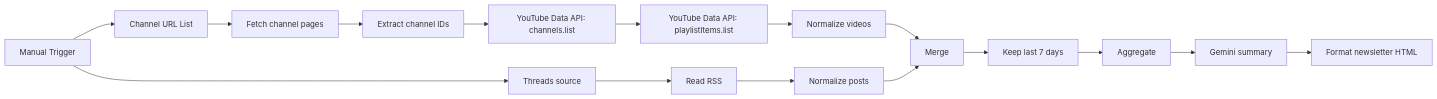
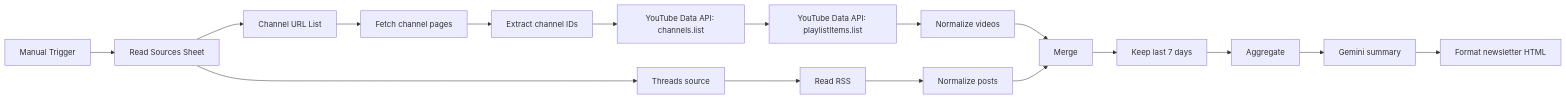
The diagram in README.md (Alex-ChanHC/n8n-youtube-threads-digest), drawn with Mermaid before and after one commit. The commit also changed other lines of this file and 1 other file, not shown here.

Commit message:
Read source URLs from Google Sheet

````diff
--- a/README.md
+++ b/README.md
@@ -7,11 +7,11 @@
 ```mermaid
 flowchart LR
-  A[Manual Trigger] --> B[Channel URL List]
+  A[Manual Trigger] --> S[Read Sources Sheet] --> B[Channel URL List]
   B --> C[Fetch channel pages] --> D[Extract channel IDs]
   D --> E[YouTube Data API: channels.list] --> F[YouTube Data API: playlistItems.list]
   F --> G[Normalize videos]
-  A --> H[Threads source] --> I[Read RSS] --> J[Normalize posts]
+  S --> H[Threads source] --> I[Read RSS] --> J[Normalize posts]
   G --> K[Merge]
   J --> K
   K --> L[Keep last 7 days] --> M[Aggregate] --> N[Gemini summary] --> O[Format newsletter HTML]
 ```
````
